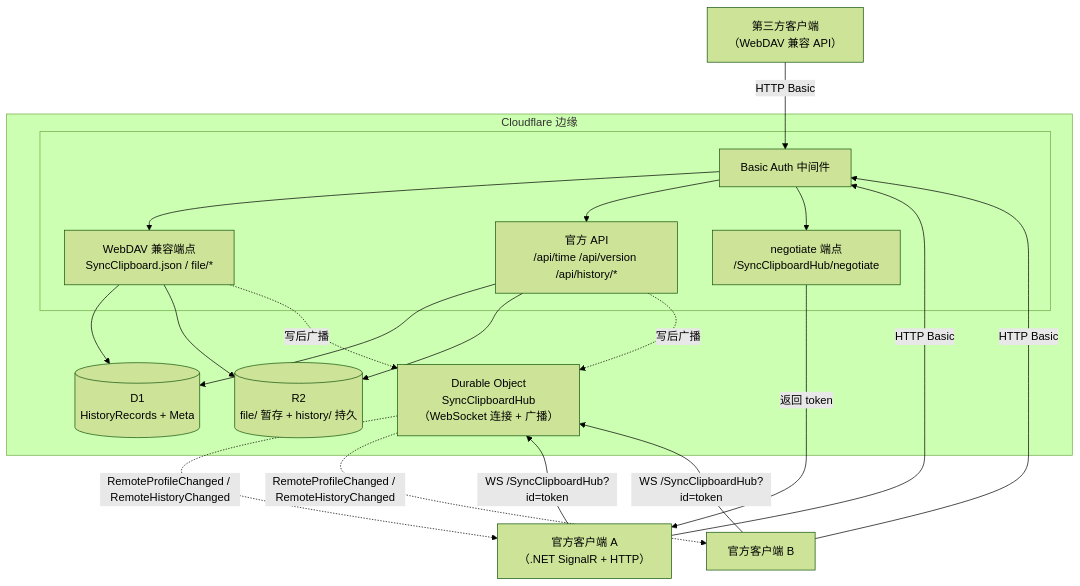
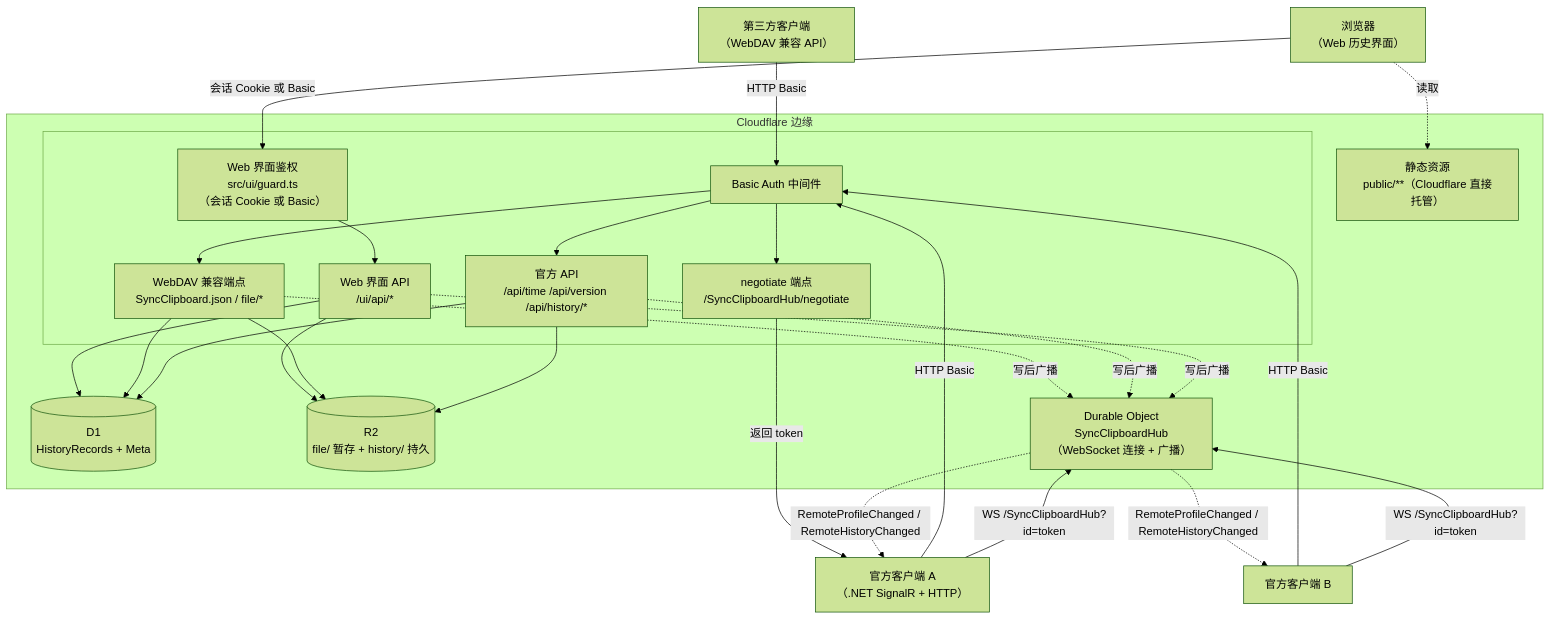
Before and after one commit to Leexunhuan743/SyncClipboardCfServer: the diagram in docs/design.md, drawn with Mermaid (forest theme). The commit also changed other lines of this file and 76 other files, not shown here.

````diff
--- a/docs/design.md
+++ b/docs/design.md
@@ -48,37 +58,47 @@
 ```mermaid
 flowchart TB
     subgraph CF["Cloudflare 边缘"]
         W["Worker（Hono 路由）<br/>index.ts"]
         subgraph W[" "]
             AUTH["Basic Auth 中间件"]
             WEBDAV["WebDAV 兼容端点<br/>SyncClipboard.json / file/*"]
             API["官方 API<br/>/api/time /api/version /api/history/*"]
             NEG["negotiate 端点<br/>/SyncClipboardHub/negotiate"]
+            UIG["Web 界面鉴权<br/>src/ui/guard.ts<br/>（会话 Cookie 或 Basic）"]
+            UI["Web 界面 API<br/>/ui/api/*"]
         end
+        AS["静态资源<br/>public/**（Cloudflare 直接托管）"]
         DB[("D1<br/>HistoryRecords + Meta")]
         R2[("R2<br/>file/ 暂存 + history/ 持久")]
         DO["Durable Object<br/>SyncClipboardHub<br/>（WebSocket 连接 + 广播）"]
     end
 
     Client1["官方客户端 A<br/>（.NET SignalR + HTTP）"]
     Client2["官方客户端 B"]
     Client3["第三方客户端<br/>（WebDAV 兼容 API）"]
+    Browser["浏览器<br/>（Web 历史界面）"]
 
     Client1 -->|HTTP Basic| AUTH
     Client2 -->|HTTP Basic| AUTH
     Client3 -->|HTTP Basic| AUTH
+    Browser -->|会话 Cookie 或 Basic| UIG
+    Browser -.读取.-> AS
+    UIG --> UI
+    UI --> DB
+    UI --> R2
     AUTH --> WEBDAV
     AUTH --> API
     AUTH --> NEG
     WEBDAV --> DB
     WEBDAV --> R2
     API --> DB
     API --> R2
     NEG -->|返回 token| Client1
     Client1 -->|WS /SyncClipboardHub?id=token| DO
     Client2 -->|WS /SyncClipboardHub?id=token| DO
     WEBDAV -.写后广播.-> DO
     API -.写后广播.-> DO
+    UI -.写后广播.-> DO
     DO -.RemoteProfileChanged / RemoteHistoryChanged.-> Client1
     DO -.RemoteProfileChanged / RemoteHistoryChanged.-> Client2
 ```
````
